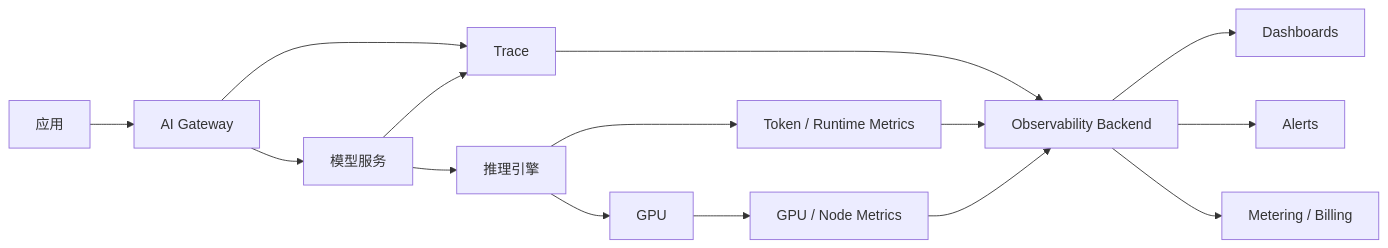
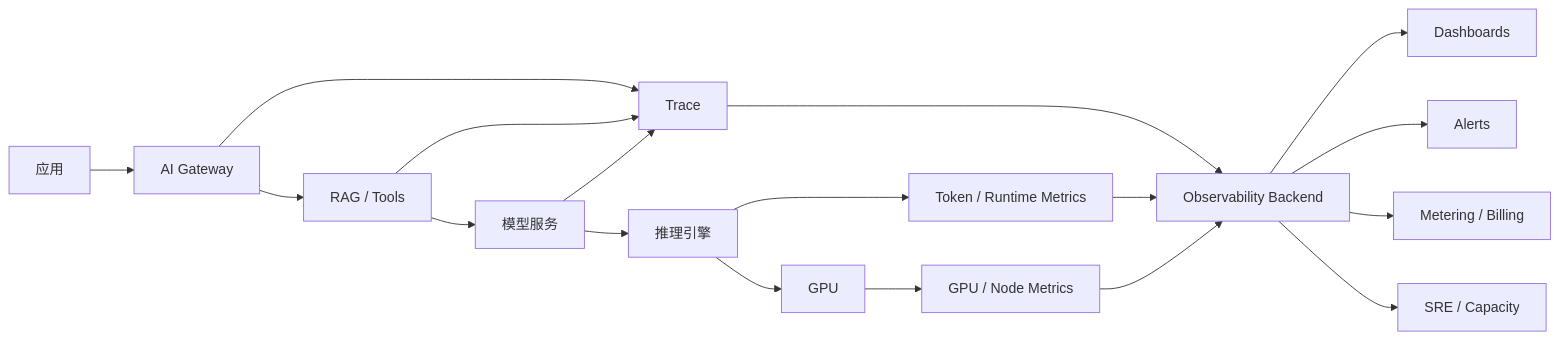
One commit to ikingye/ai-factory-engineering changed the first of 2 diagrams in docs/part-02-platform/chapter-08-platform-observability.md. Above: the diagram before and after it, drawn with Mermaid. The commit also changed other lines of this file and 3 other files, not shown here.

````diff
--- a/docs/part-02-platform/chapter-08-platform-observability.md
+++ b/docs/part-02-platform/chapter-08-platform-observability.md
@@ -23,14 +41,16 @@
 ```mermaid
 flowchart LR
-  App["应用"] --> GW["AI Gateway"] --> MS["模型服务"] --> Engine["推理引擎"] --> GPU["GPU"]
+  App["应用"] --> GW["AI Gateway"] --> RAG["RAG / Tools"] --> MS["模型服务"] --> Engine["推理引擎"] --> GPU["GPU"]
   GW --> Trace["Trace"]
+  RAG --> Trace
   MS --> Trace
   Engine --> Metrics["Token / Runtime Metrics"]
   GPU --> Infra["GPU / Node Metrics"]
   Trace --> O11y["Observability Backend"]
   Metrics --> O11y
   Infra --> O11y
   O11y --> Dash["Dashboards"]
   O11y --> Alert["Alerts"]
   O11y --> Billing["Metering / Billing"]
+  O11y --> SRE["SRE / Capacity"]
 ```
````
